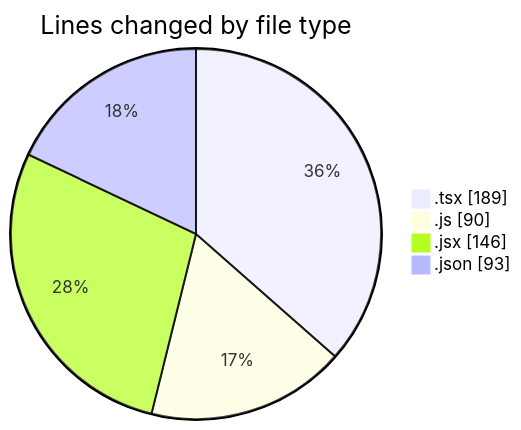
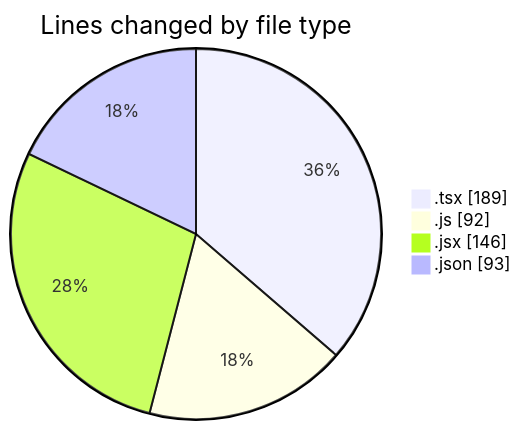
The first of 2 diagrams in 2025-05-08/cda/README.md (momahboobian/code-tracking), drawn with Mermaid before and after one commit. The commit also changed other lines of this file and 1 other file, not shown here.

````diff
--- a/2025-05-08/cda/README.md
+++ b/2025-05-08/cda/README.md
@@ -25,8 +25,8 @@
 ```mermaid
 pie showData
 title Lines changed by file type
 ".tsx" : 189
-".js" : 90
+".js" : 92
 ".jsx" : 146
 ".json" : 93
 ```
````
